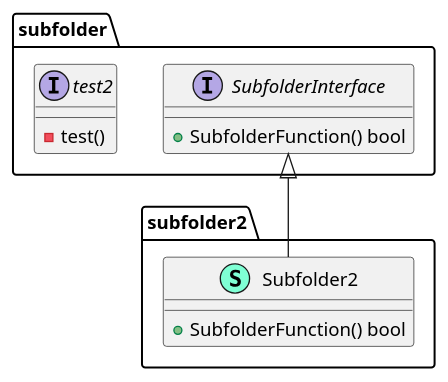
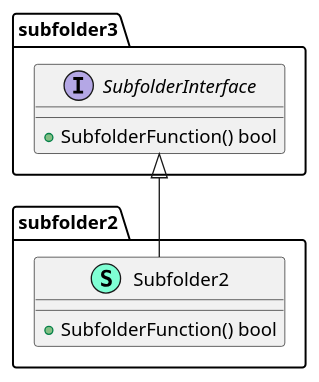
Before and after one commit to thgoexpt/PlantUML-Class-Diagram-Generator-for-golang-projects: the diagram in testingsupport/subfolder1-2alt.puml, drawn with PlantUML. The commit also changed 4 other files, not shown here.

Commit message:
Change the content of the testing folders to minimize the variability of the generated diagrams for the multiple subfolder test

```diff
--- a/testingsupport/subfolder1-2alt.puml
+++ b/testingsupport/subfolder1-2alt.puml
@@ -1,23 +1,19 @@
 @startuml
 namespace subfolder2 {
     class Subfolder2 << (S,Aquamarine) >> {
         + SubfolderFunction() bool
 
     }
 }
 
-subfolder.SubfolderInterface <|-- subfolder2.Subfolder2
+subfolder3.SubfolderInterface <|-- subfolder2.Subfolder2
 
-namespace subfolder {
-    interface test2  {
-        - test() 
-
-    }
+namespace subfolder3 {
     interface SubfolderInterface  {
         + SubfolderFunction() bool
 
     }
 }
 
 
 @enduml
```
